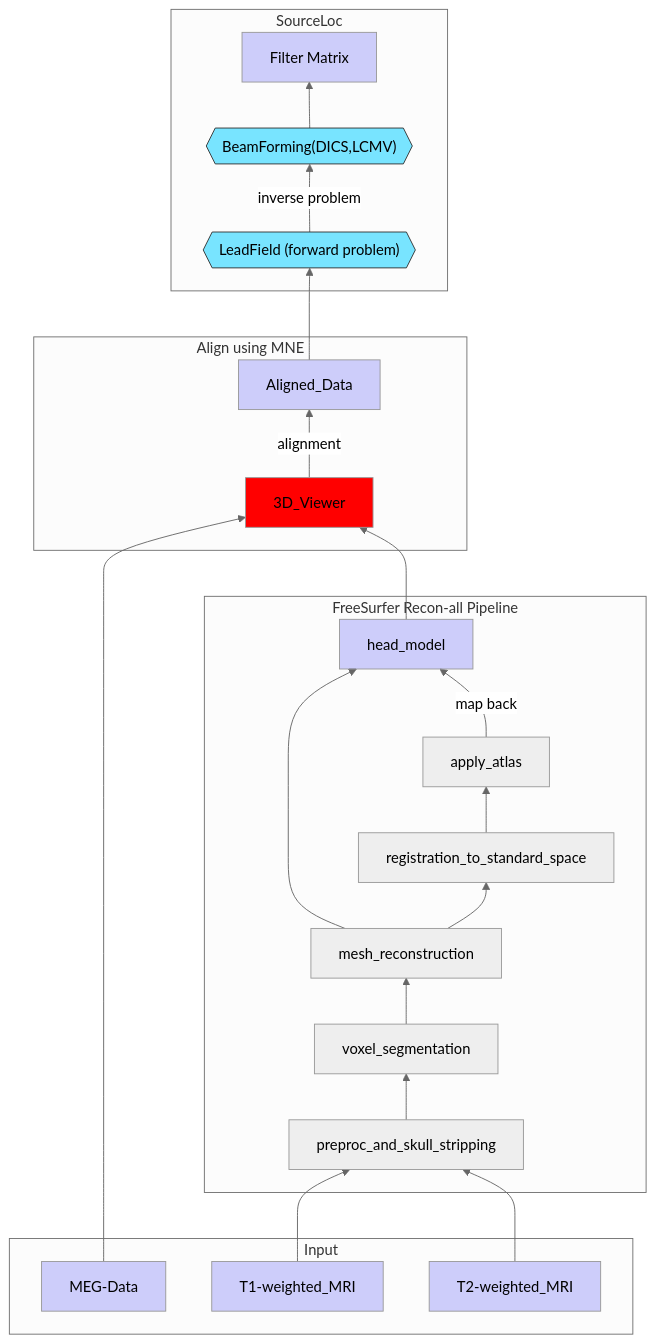
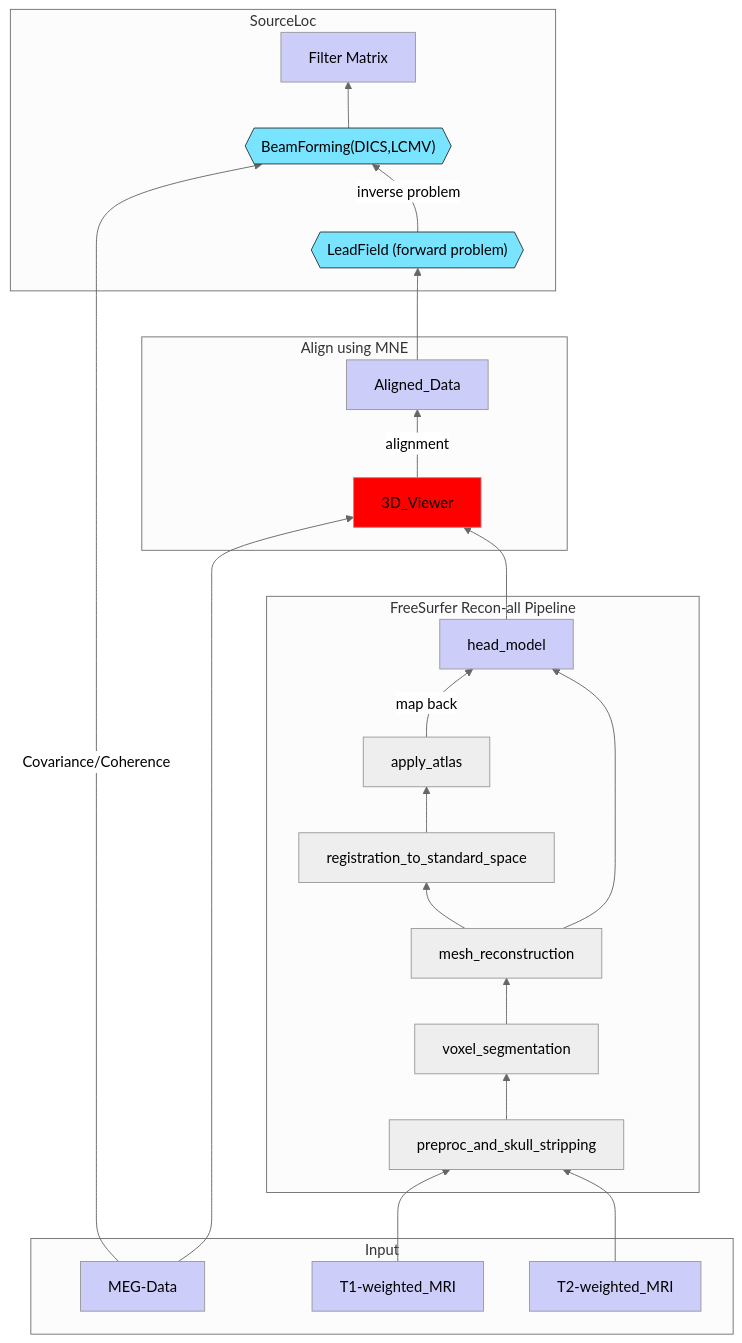
One commit to joschaschmiedt/syncopy changed the diagram in doc/source/developer/source-loc-pipeline.mmd. Above: the diagram before and after it, drawn with Mermaid.

Commit message:
Update source-loc-pipeline.mmd
Add sensors cov/coh

```diff
--- a/doc/source/developer/source-loc-pipeline.mmd
+++ b/doc/source/developer/source-loc-pipeline.mmd
@@ -1,45 +1,46 @@
 %%{init: {'theme':'neutral'}}%%
 graph BT
 
     %% projected development sub-units
     classDef DevUNIT fill:#78e4ff,stroke:#333,stroke-width:1px;
     %% external dependencies
     classDef EXTERN fill:red;
     %% input data
     classDef DATA fill:#1010EE33;
 
     subgraph Input
     MEG-Data
     T1-weighted_MRI
     T2-weighted_MRI
     end
     
     subgraph FreeSurfer Recon-all Pipeline
     T1-weighted_MRI --> preproc_and_skull_stripping
     T2-weighted_MRI --> preproc_and_skull_stripping
     preproc_and_skull_stripping --> voxel_segmentation
     voxel_segmentation --> mesh_reconstruction
     mesh_reconstruction --> head_model
     mesh_reconstruction --> registration_to_standard_space
     registration_to_standard_space --> apply_atlas
     apply_atlas --map back--> head_model
     head_model
     end
     
     
     subgraph Align using MNE
     MEG-Data --> 3D_Viewer
     head_model --> 3D_Viewer
     3D_Viewer --alignment--> Aligned_Data
     end
     
     subgraph SourceLoc
     Aligned_Data -->LF{{"LeadField (forward problem)"}}
     LF --inverse problem--> BF{{"BeamForming(DICS,LCMV)"}}
     BF-->FilterMatrix["Filter Matrix"]
+    MEG-Data --Covariance/Coherence--> BF
     end
 
 
     class Viewer,HM,Segm,Atlas,MNE,BF,LF DevUNIT;
     class FreeSurfer,3D_Viewer EXTERN;
     class MEG-Data,T1-weighted_MRI,T2-weighted_MRI,Aligned_Data,FilterMatrix,head_model DATA;
```
